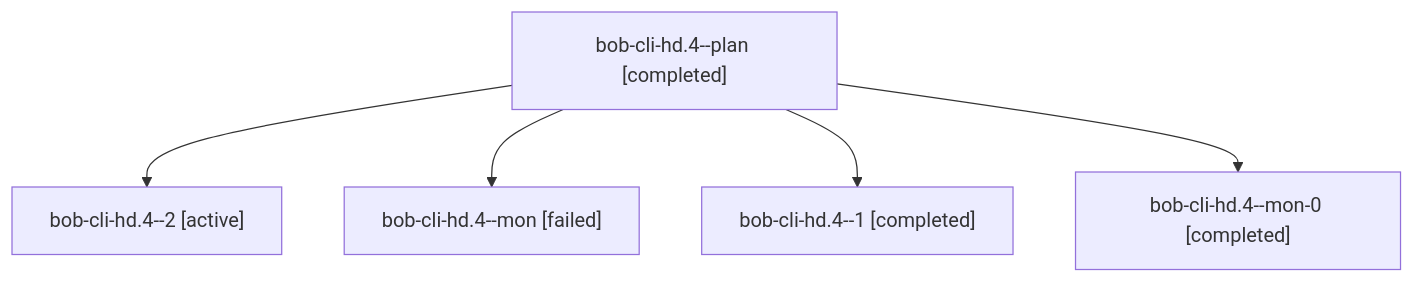
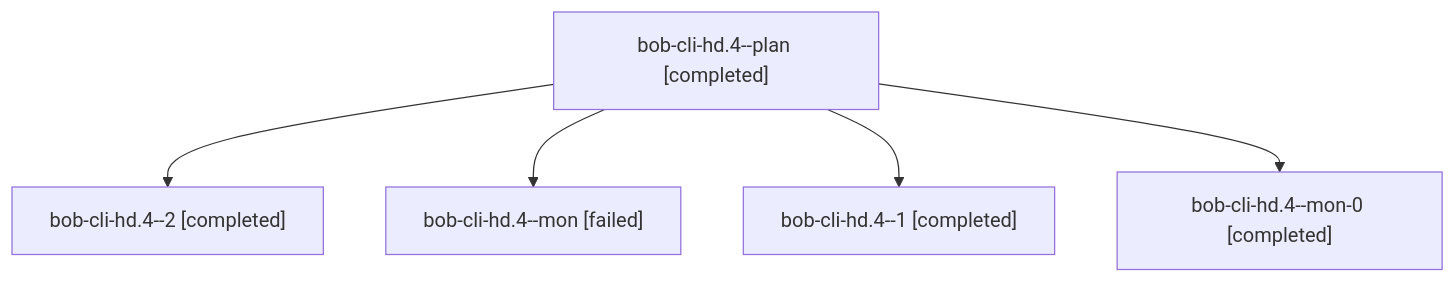
Before and after one commit to bobs-org/bob-cli--agents: the diagram in sessions/bbugyi200.athena.bob-cli-hd.4.md, drawn with Mermaid. The commit also changed other lines of this file and 28 other files, not shown here.

````diff
--- a/sessions/bbugyi200.athena.bob-cli-hd.4.md
+++ b/sessions/bbugyi200.athena.bob-cli-hd.4.md
@@ -9,12 +9,12 @@
 ```mermaid
 flowchart TD
   n0["bob-cli-hd.4--plan [completed]"]
-  n1["bob-cli-hd.4--2 [active]"]
+  n1["bob-cli-hd.4--2 [completed]"]
   n0 --> n1
   n2["bob-cli-hd.4--mon [failed]"]
   n0 --> n2
   n3["bob-cli-hd.4--1 [completed]"]
   n0 --> n3
   n4["bob-cli-hd.4--mon-0 [completed]"]
   n0 --> n4
 ```
````
